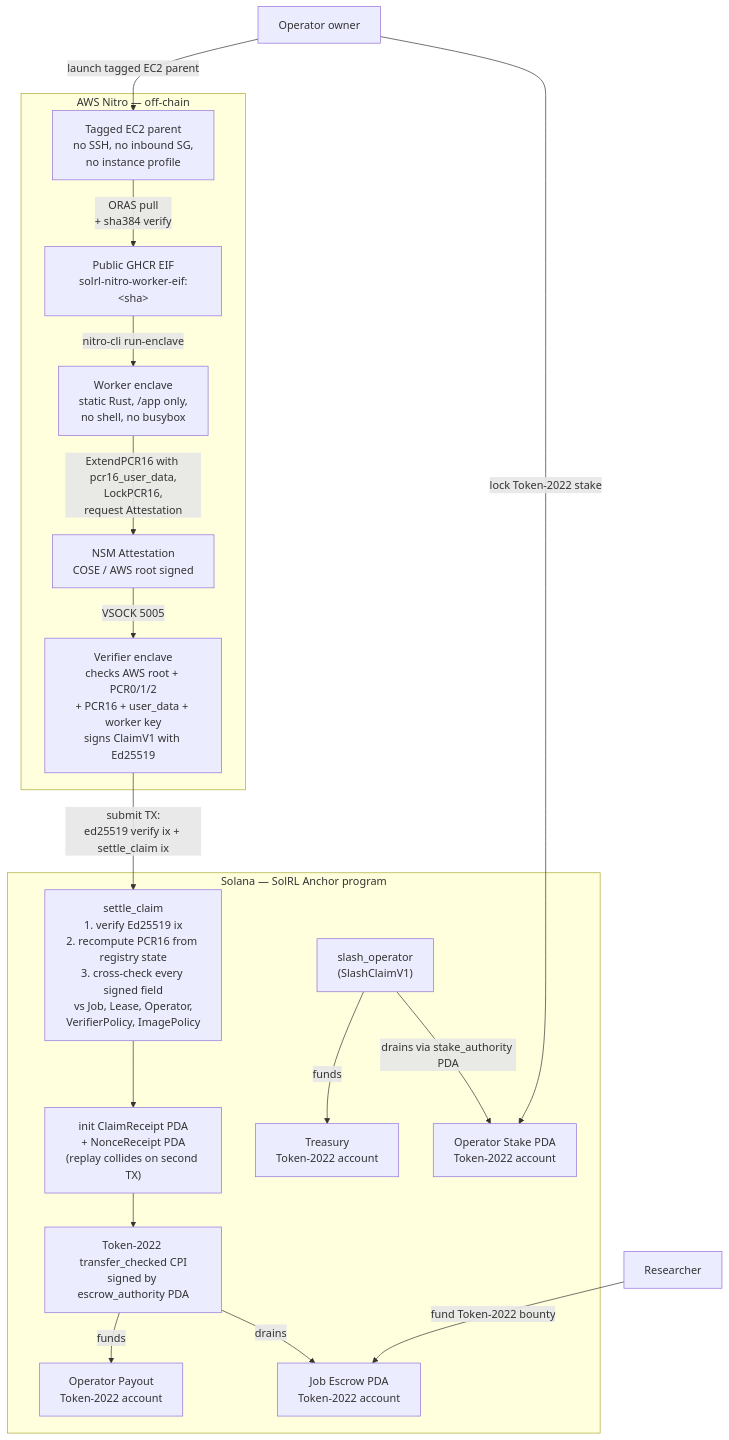
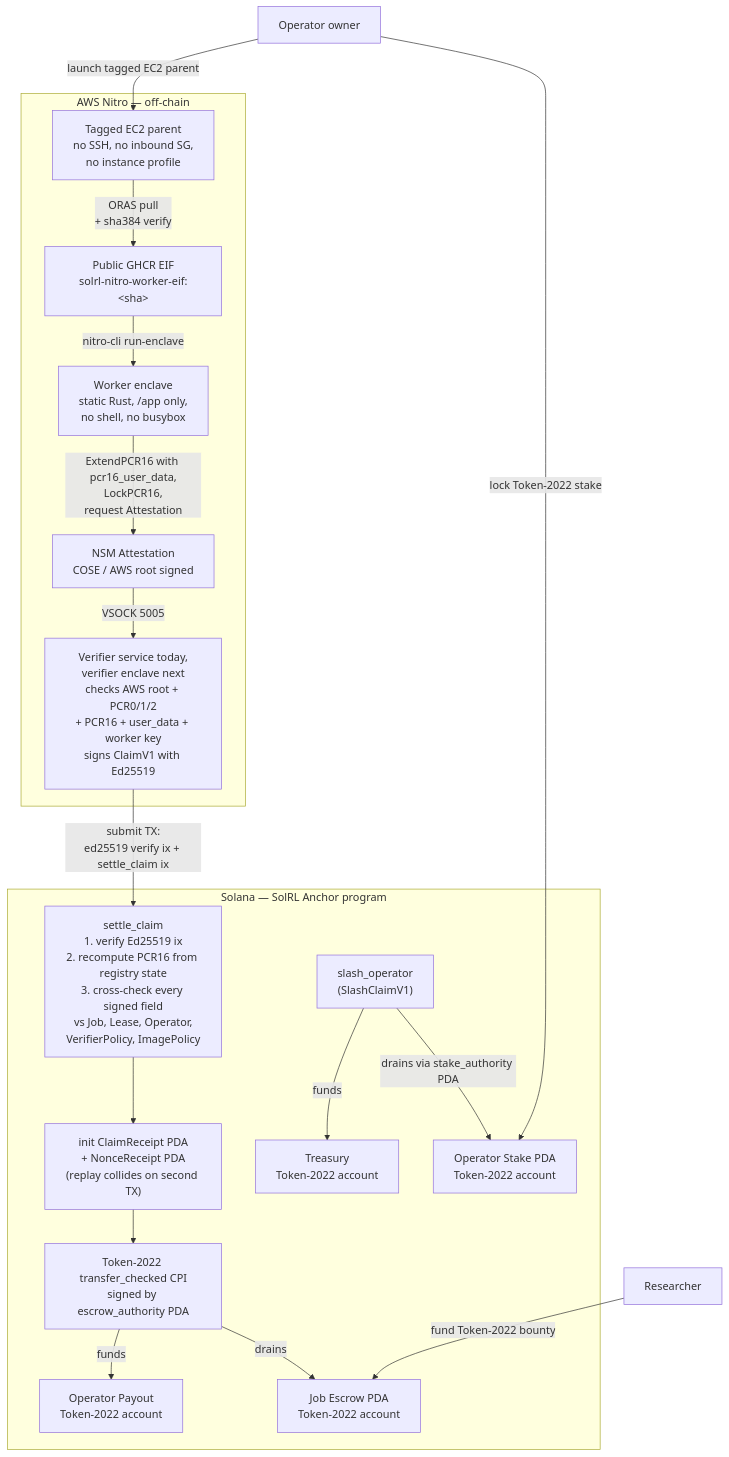
Before and after one commit to arakoodev/SolRL: the diagram in why.md, drawn with Mermaid. The commit also changed other lines of this file and 14 other files, not shown here.

````diff
--- a/why.md
+++ b/why.md
@@ -41,36 +41,36 @@
 ```mermaid
 flowchart TB
     subgraph offchain["AWS Nitro — off-chain"]
         EC2["Tagged EC2 parent<br/>no SSH, no inbound SG,<br/>no instance profile"]
         EIF["Public GHCR EIF<br/>solrl-nitro-worker-eif:&lt;sha&gt;"]
         WORKER["Worker enclave<br/>static Rust, /app only,<br/>no shell, no busybox"]
         ATT["NSM Attestation<br/>COSE / AWS root signed"]
-        VERIFIER["Verifier enclave<br/>checks AWS root + PCR0/1/2<br/>+ PCR16 + user_data + worker key<br/>signs ClaimV1 with Ed25519"]
+        VERIFIER["Verifier service today,<br/>verifier enclave next<br/>checks AWS root + PCR0/1/2<br/>+ PCR16 + user_data + worker key<br/>signs ClaimV1 with Ed25519"]
         EC2 -->|"ORAS pull<br/>+ sha384 verify"| EIF
         EIF -->|"nitro-cli run-enclave"| WORKER
         WORKER -->|"ExtendPCR16 with pcr16_user_data,<br/>LockPCR16,<br/>request Attestation"| ATT
         ATT -->|"VSOCK 5005"| VERIFIER
     end
 
     subgraph onchain["Solana — SolRL Anchor program"]
         ESCROW["Job Escrow PDA<br/>Token-2022 account"]
         STAKE["Operator Stake PDA<br/>Token-2022 account"]
         SETTLE["settle_claim<br/>1. verify Ed25519 ix<br/>2. recompute PCR16 from registry state<br/>3. cross-check every signed field<br/>vs Job, Lease, Operator,<br/>VerifierPolicy, ImagePolicy"]
         RECEIPT["init ClaimReceipt PDA<br/>+ NonceReceipt PDA<br/>(replay collides on second TX)"]
         TC["Token-2022 transfer_checked CPI<br/>signed by escrow_authority PDA"]
         PAYOUT["Operator Payout<br/>Token-2022 account"]
         TREASURY["Treasury<br/>Token-2022 account"]
         SLASH["slash_operator<br/>(SlashClaimV1)"]
         SETTLE --> RECEIPT
         RECEIPT --> TC
         TC -->|"drains"| ESCROW
         TC -->|"funds"| PAYOUT
         SLASH -->|"drains via stake_authority PDA"| STAKE
         SLASH -->|"funds"| TREASURY
     end
 
     R["Researcher"] -->|"fund Token-2022 bounty"| ESCROW
     OW["Operator owner"] -->|"lock Token-2022 stake"| STAKE
     OW -->|"launch tagged EC2 parent"| EC2
     VERIFIER -->|"submit TX:<br/>ed25519 verify ix + settle_claim ix"| SETTLE
 ```
````
